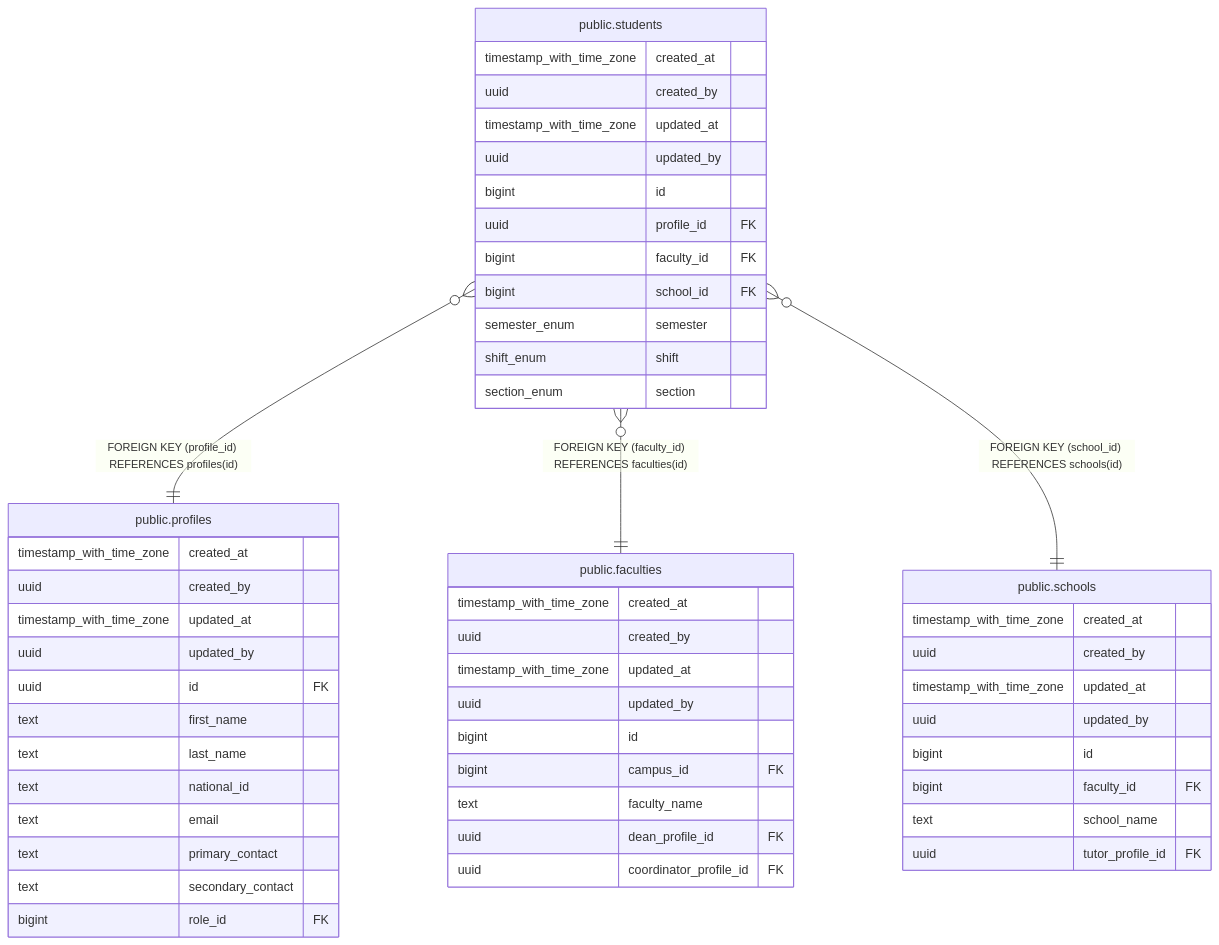
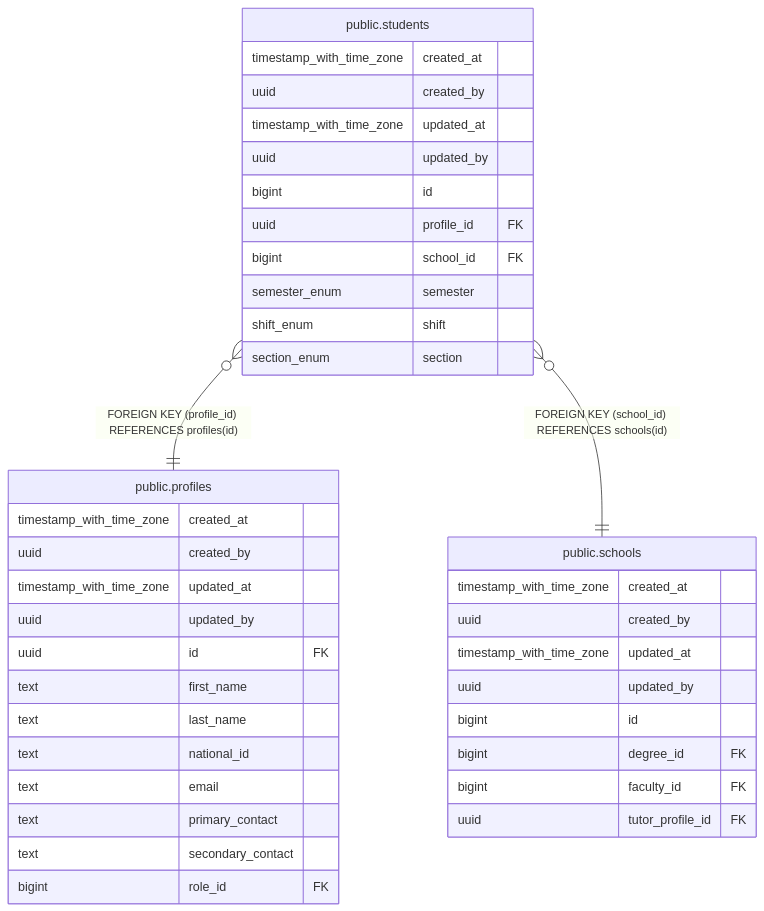
Before and after one commit to icristianhernandez/academic-service-backend: the diagram in docs/db/tbls/public.students.md, drawn with Mermaid. The commit also changed other lines of this file and 16 other files, not shown here.

````diff
--- a/docs/db/tbls/public.students.md
+++ b/docs/db/tbls/public.students.md
@@ -45,56 +43,43 @@
 ```mermaid
 erDiagram
 
 "public.students" }o--|| "public.profiles" : "FOREIGN KEY (profile_id) REFERENCES profiles(id)"
-"public.students" }o--|| "public.faculties" : "FOREIGN KEY (faculty_id) REFERENCES faculties(id)"
 "public.students" }o--|| "public.schools" : "FOREIGN KEY (school_id) REFERENCES schools(id)"
 
 "public.students" {
   timestamp_with_time_zone created_at ""
   uuid created_by ""
   timestamp_with_time_zone updated_at ""
   uuid updated_by ""
   bigint id ""
   uuid profile_id FK ""
-  bigint faculty_id FK ""
   bigint school_id FK ""
   semester_enum semester ""
   shift_enum shift ""
   section_enum section ""
 }
 "public.profiles" {
   timestamp_with_time_zone created_at ""
   uuid created_by ""
   timestamp_with_time_zone updated_at ""
   uuid updated_by ""
   uuid id FK ""
   text first_name ""
   text last_name ""
   text national_id ""
   text email ""
   text primary_contact ""
   text secondary_contact ""
   bigint role_id FK ""
 }
-"public.faculties" {
-  timestamp_with_time_zone created_at ""
-  uuid created_by ""
-  timestamp_with_time_zone updated_at ""
-  uuid updated_by ""
-  bigint id ""
-  bigint campus_id FK ""
-  text faculty_name ""
-  uuid dean_profile_id FK ""
-  uuid coordinator_profile_id FK ""
-}
 "public.schools" {
   timestamp_with_time_zone created_at ""
   uuid created_by ""
   timestamp_with_time_zone updated_at ""
   uuid updated_by ""
   bigint id ""
+  bigint degree_id FK ""
   bigint faculty_id FK ""
-  text school_name ""
   uuid tutor_profile_id FK ""
 }
 ```
````
